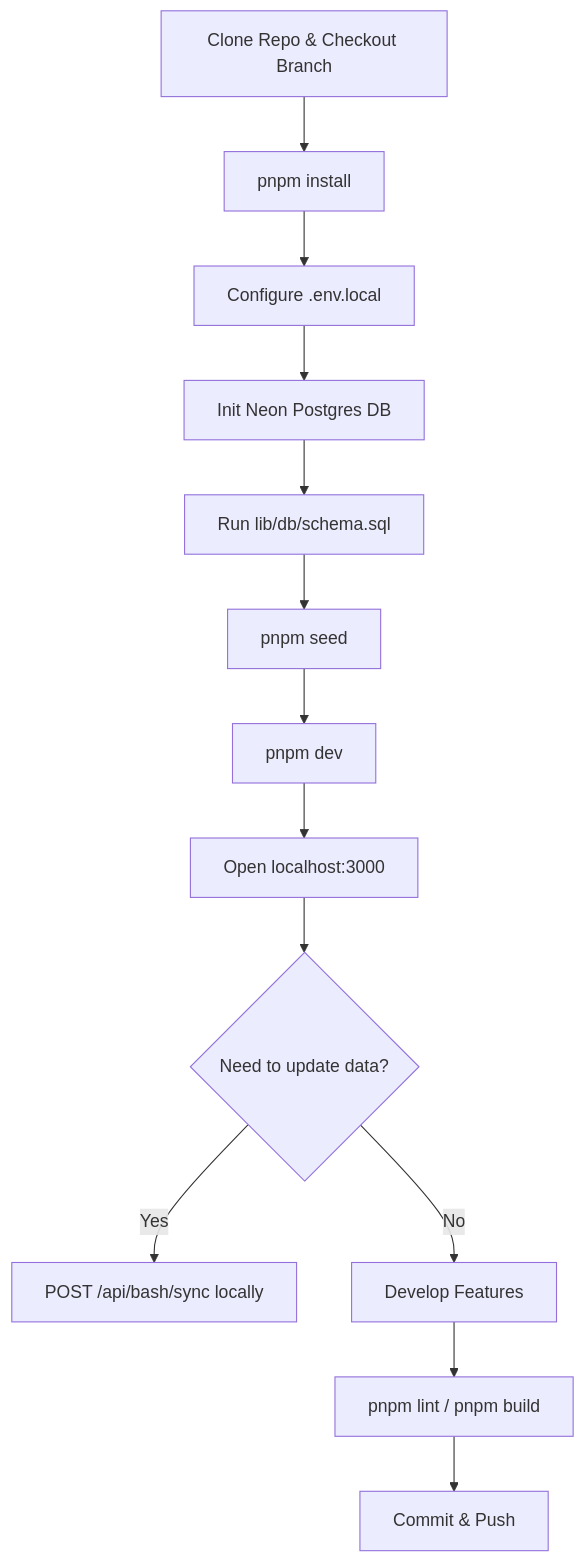
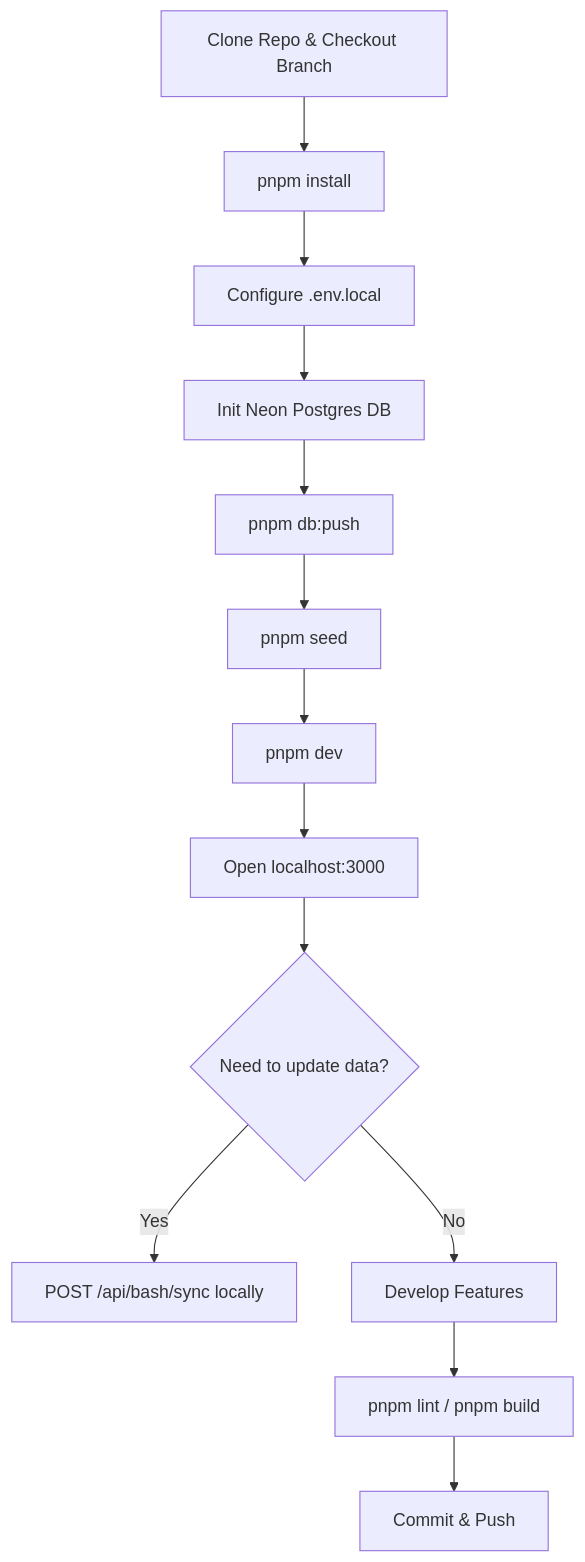
Before and after one commit to rhotter/bash.fan: the diagram in docs/developer_workflow.md, drawn with Mermaid. The commit also changed other lines of this file and 1 other file, not shown here.

Commit message:
docs: sync architecture and workflow with Drizzle ORM and Scorekeeper features

````diff
--- a/docs/developer_workflow.md
+++ b/docs/developer_workflow.md
@@ -12,17 +12,17 @@
 ```mermaid
 graph TD
     A[Clone Repo & Checkout Branch] --> C[pnpm install]
     C --> D[Configure .env.local]
     D --> E[Init Neon Postgres DB]
-    E --> F[Run lib/db/schema.sql]
+    E --> F[pnpm db:push]
     F --> G[pnpm seed]
     G --> H[pnpm dev]
     H --> I[Open localhost:3000]
     
     I --> J{Need to update data?}
     J -- Yes --> K[POST /api/bash/sync locally]
     J -- No --> L[Develop Features]
     
     L --> M[pnpm lint / pnpm build]
     M --> N[Commit & Push]
 ```
````
